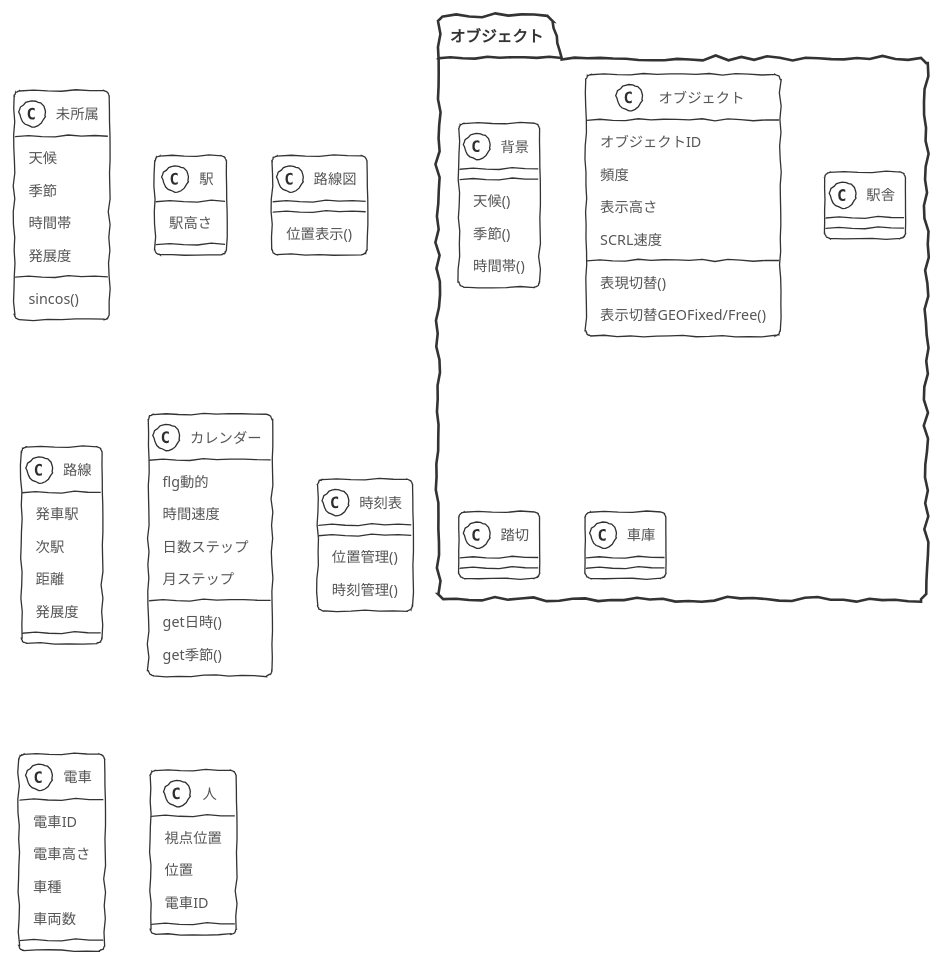
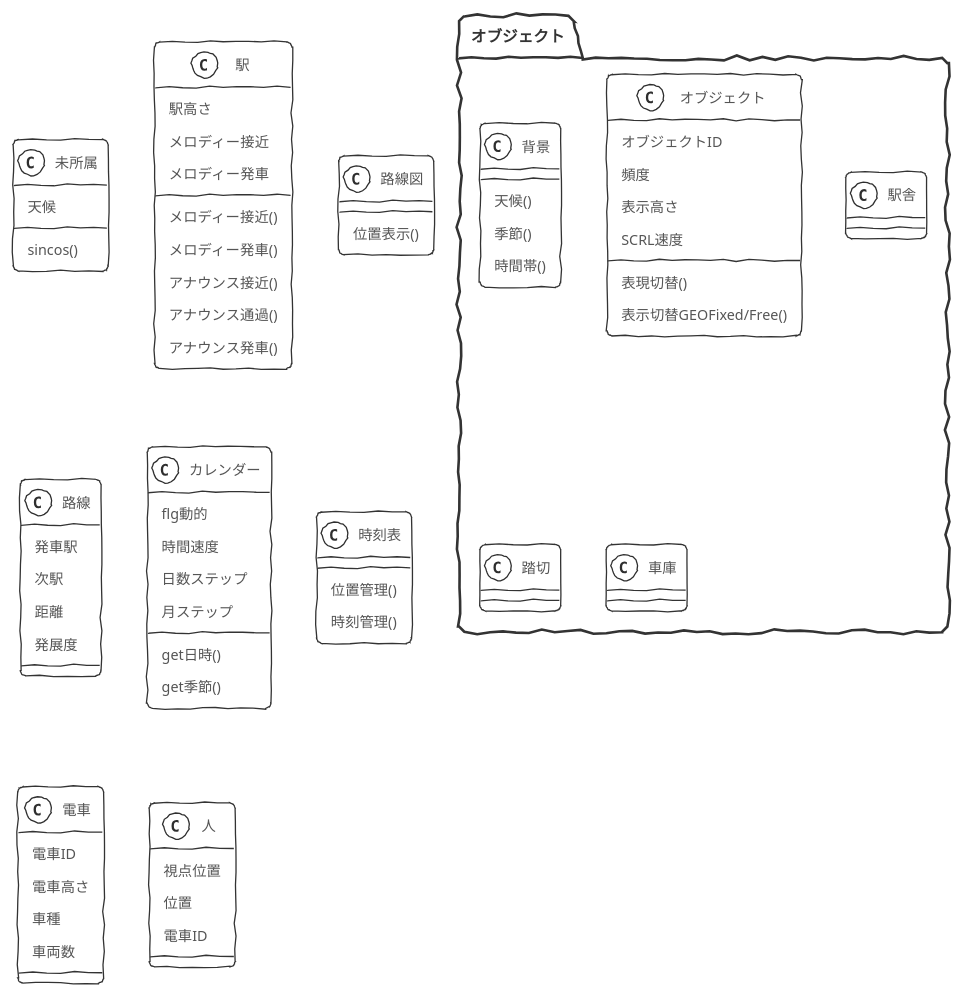
One commit to ssmxgo/tazawa_prj01 changed the diagram in 整理.md. Above: the diagram before and after it, drawn with PlantUML. The commit also changed 1 other file, not shown here.

Commit message:
ソースアップ

````diff
--- a/整理.md
+++ b/整理.md
@@ -43,76 +43,82 @@
 ```uml:tazawa.puml
 @startuml まとめ
 !theme sketchy-outline
 class 未所属{
     天候
-    季節
-    時間帯
-    発展度
     sincos()
 }
 class 駅 {
     駅高さ
 }
 
 class 路線図 {
     位置表示()
 }
 class 路線 {
     発車駅
     次駅
     距離
     発展度
 }
 class カレンダー{
     flg動的
     時間速度
     日数ステップ
     月ステップ
     get日時()
     get季節()
 }
 class 時刻表{
     位置管理()
     時刻管理()
 }
 
 class 電車 {
     電車ID
     電車高さ
     車種
     車両数
 }
 
 class 人 {
     視点位置
     位置
     電車ID
 }
-
+class 駅{
+    メロディー接近
+    メロディー発車
+    メロディー接近()
+    メロディー発車()
+    アナウンス接近()
+    アナウンス通過()
+    アナウンス発車()
+}
 package オブジェクト{
 class 背景{
     天候()
     季節()
     時間帯()
 }
 
 
 
 '各風景 駅舎 建築物
 class オブジェクト{
     オブジェクトID
     頻度
     表示高さ
     SCRL速度
     表現切替()
     表示切替GEOFixed/Free()
 }
-class 駅舎{}
+class 駅舎{
+}
 class 踏切{}
 class 車庫{}
 
 }
 
 @enduml
 
 ```
````
